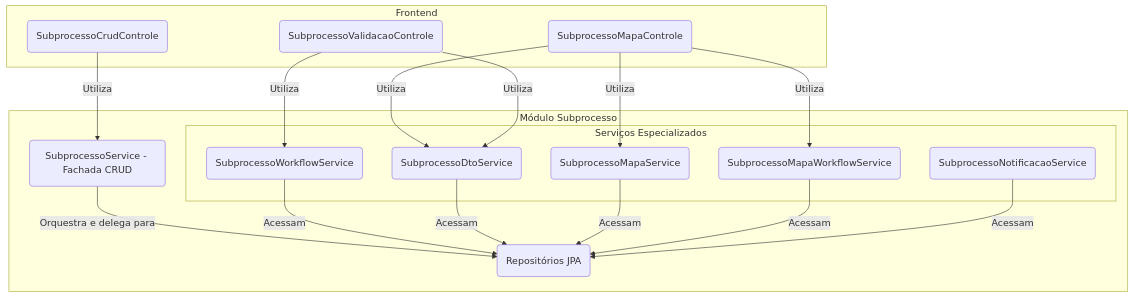
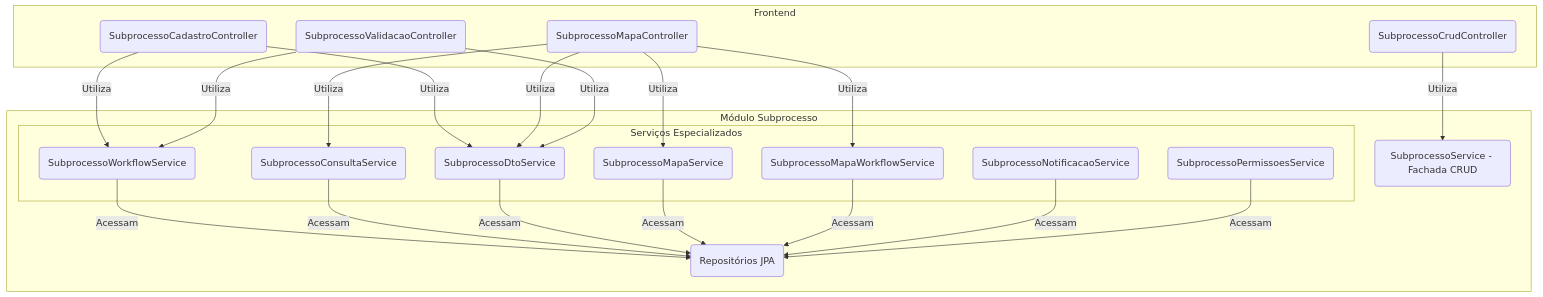
One commit to lgalvao/sgc changed the first of 2 diagrams in backend/src/main/java/sgc/subprocesso/README.md. Above: the diagram before and after it, drawn with Mermaid. The commit also changed other lines of this file and 893 other files, not shown here.

````diff
--- a/backend/src/main/java/sgc/subprocesso/README.md
+++ b/backend/src/main/java/sgc/subprocesso/README.md
@@ -13,29 +14,32 @@
 ```mermaid
 graph TD
     subgraph "Frontend"
-        ControleCrud(SubprocessoCrudControle)
-        ControleMapa(SubprocessoMapaControle)
-        ControleValidacao(SubprocessoValidacaoControle)
+        ControleCrud(SubprocessoCrudController)
+        ControleCadastro(SubprocessoCadastroController)
+        ControleMapa(SubprocessoMapaController)
+        ControleValidacao(SubprocessoValidacaoController)
     end
 
     subgraph "Módulo Subprocesso"
         Facade(SubprocessoService - Fachada CRUD)
 
         subgraph "Serviços Especializados"
             Workflow(SubprocessoWorkflowService)
+            Consulta(SubprocessoConsultaService)
             DtoBuilder(SubprocessoDtoService)
             Mapa(SubprocessoMapaService)
             MapaWorkflow(SubprocessoMapaWorkflowService)
             Notificacao(SubprocessoNotificacaoService)
+            Permissoes(SubprocessoPermissoesService)
         end
 
         Repos(Repositórios JPA)
     end
 
     ControleCrud -- Utiliza --> Facade
-    ControleMapa -- Utiliza --> MapaWorkflow & Mapa & DtoBuilder
+    ControleCadastro -- Utiliza --> Workflow & DtoBuilder
+    ControleMapa -- Utiliza --> MapaWorkflow & Mapa & DtoBuilder & Consulta
     ControleValidacao -- Utiliza --> Workflow & DtoBuilder
 
-    Facade -- Orquestra e delega para --> Repos
-    Workflow & DtoBuilder & Mapa & MapaWorkflow & Notificacao -- Acessam --> Repos
+    Workflow & Consulta & DtoBuilder & Mapa & MapaWorkflow & Notificacao & Permissoes -- Acessam --> Repos
 ```
````
